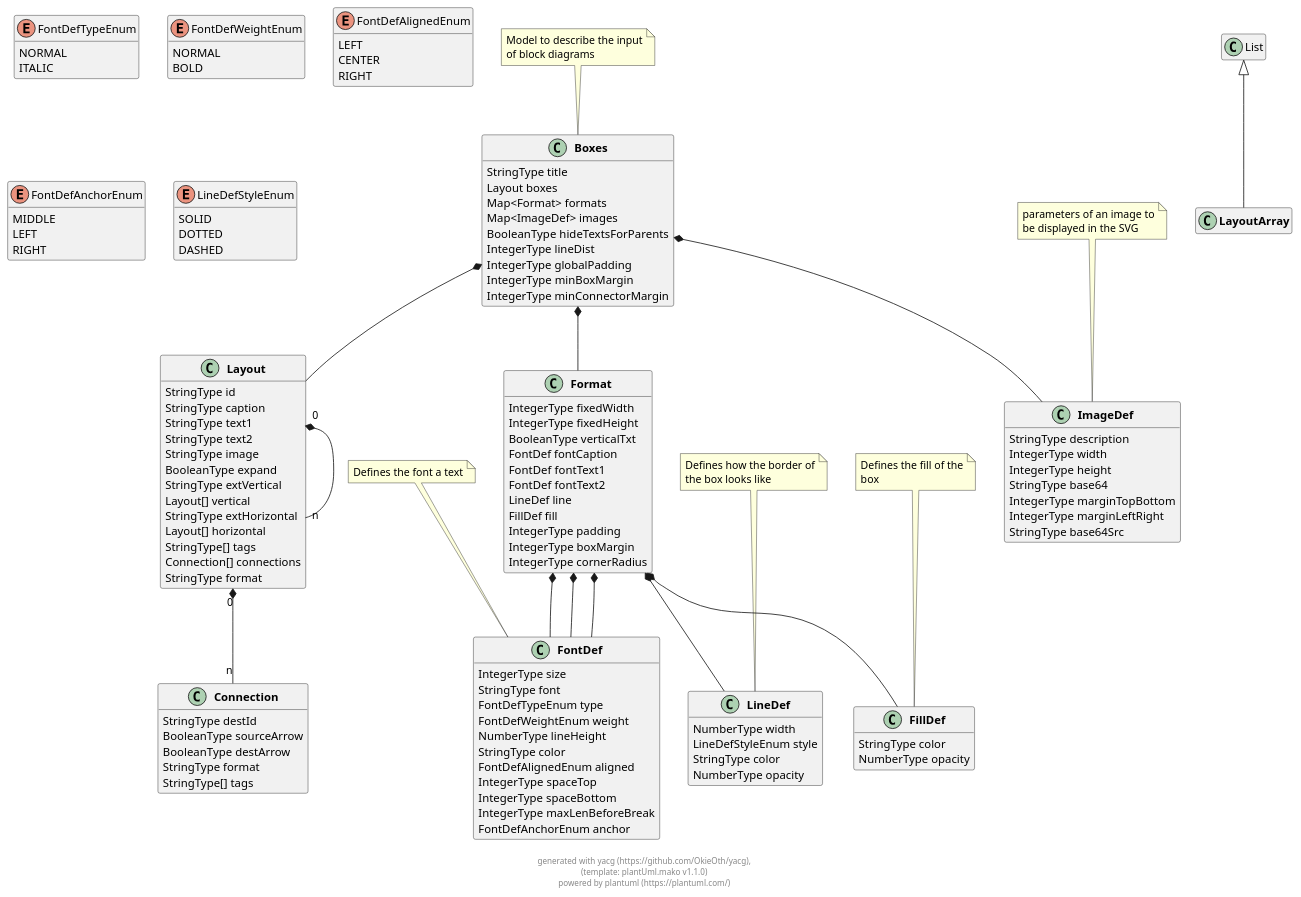
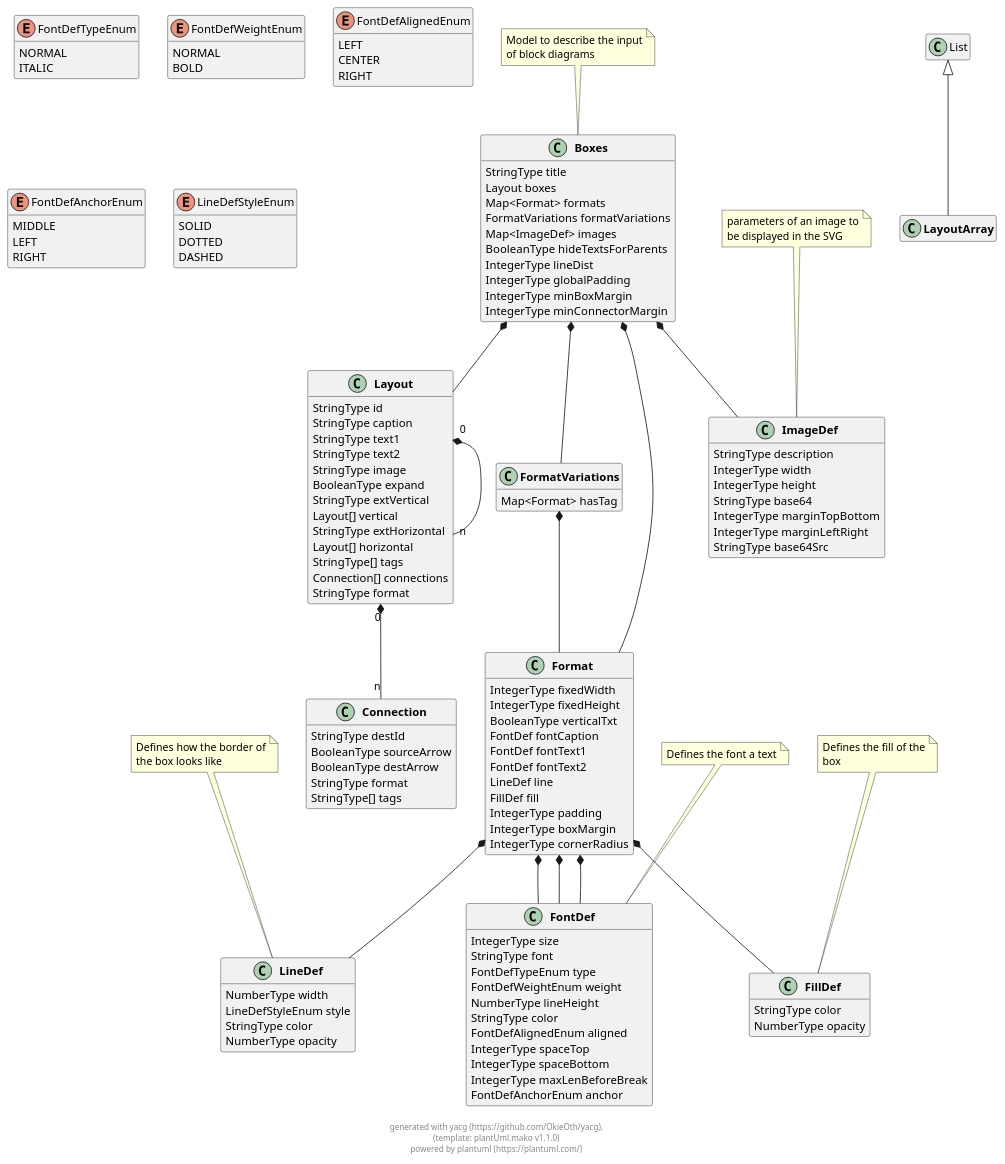
The diagram in docs/models/puml/boxes.puml (OkieOth/draw.chart.things), drawn with PlantUML before and after one commit. The commit also changed 9 other files, not shown here.

```diff
--- a/docs/models/puml/boxes.puml
+++ b/docs/models/puml/boxes.puml
@@ -8,6 +8,7 @@
         StringType title
         Layout boxes
         Map<Format> formats
+        FormatVariations formatVariations
         Map<ImageDef> images
         BooleanType hideTextsForParents
         IntegerType lineDist
@@ -54,6 +55,12 @@
 
  
 
+class "**FormatVariations**" as FormatVariations {
+        Map<Format> hasTag
+}
+
+ 
+
 
 class "**LayoutArray**" as LayoutArray extends List {
 }
@@ -67,6 +74,7 @@
 }
 
  
+
 
 class "**FontDef**" as FontDef {
         IntegerType size
@@ -151,6 +159,8 @@
 
 Boxes  *--  Format
 
+Boxes  *--  FormatVariations
+
 Boxes  *--  ImageDef
 
 
@@ -193,6 +203,9 @@
 
 
     
+FormatVariations  *--  Format
+
+    
     
     
 
@@ -200,6 +213,7 @@
 
 
 
+    
     
 
 
```
